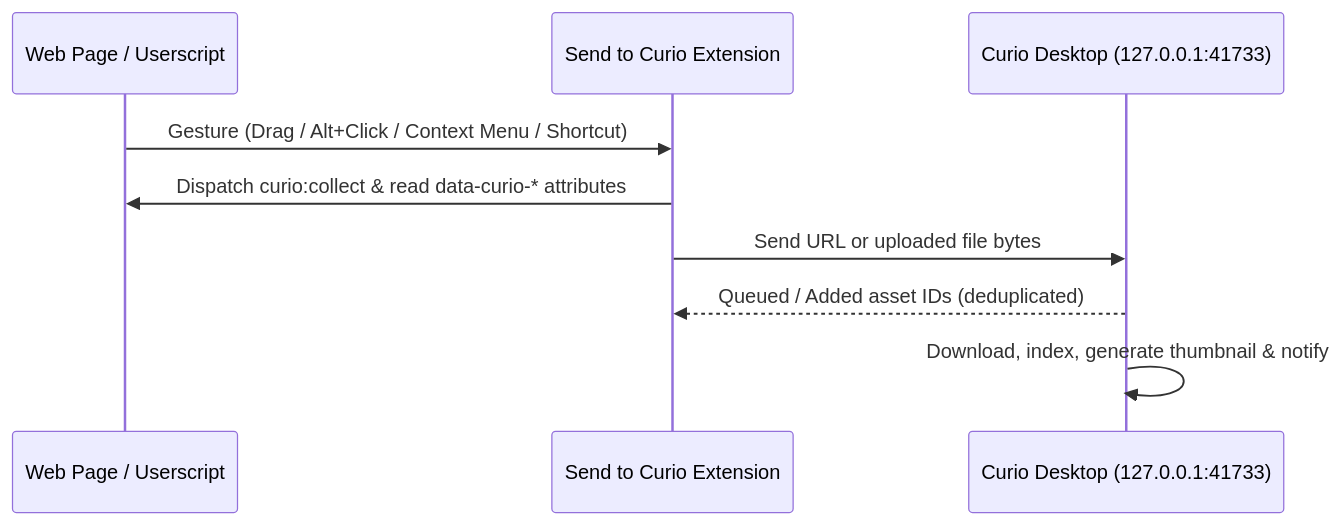
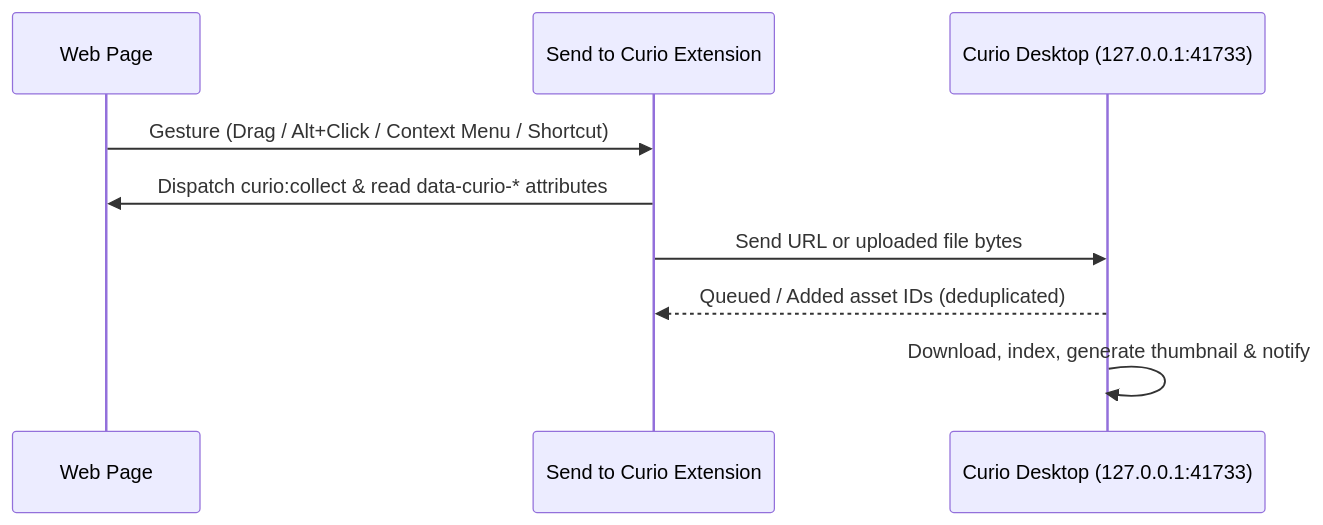
One commit to Erehr/curio changed the diagram in docs/features/import/browser.md. Above: the diagram before and after it, drawn with Mermaid. The commit also changed other lines of this file and 16 other files, not shown here.

````diff
--- a/docs/features/import/browser.md
+++ b/docs/features/import/browser.md
@@ -5,12 +5,12 @@
 ```mermaid
 sequenceDiagram
-  participant Page as Web Page / Userscript
+  participant Page as Web Page
   participant Ext as Send to Curio Extension
   participant Curio as Curio Desktop (127.0.0.1:41733)
 
   Page->>Ext: Gesture (Drag / Alt+Click / Context Menu / Shortcut)
   Ext->>Page: Dispatch curio:collect & read data-curio-* attributes
   Ext->>Curio: Send URL or uploaded file bytes
   Curio-->>Ext: Queued / Added asset IDs (deduplicated)
   Curio->>Curio: Download, index, generate thumbnail & notify
 ```
````
